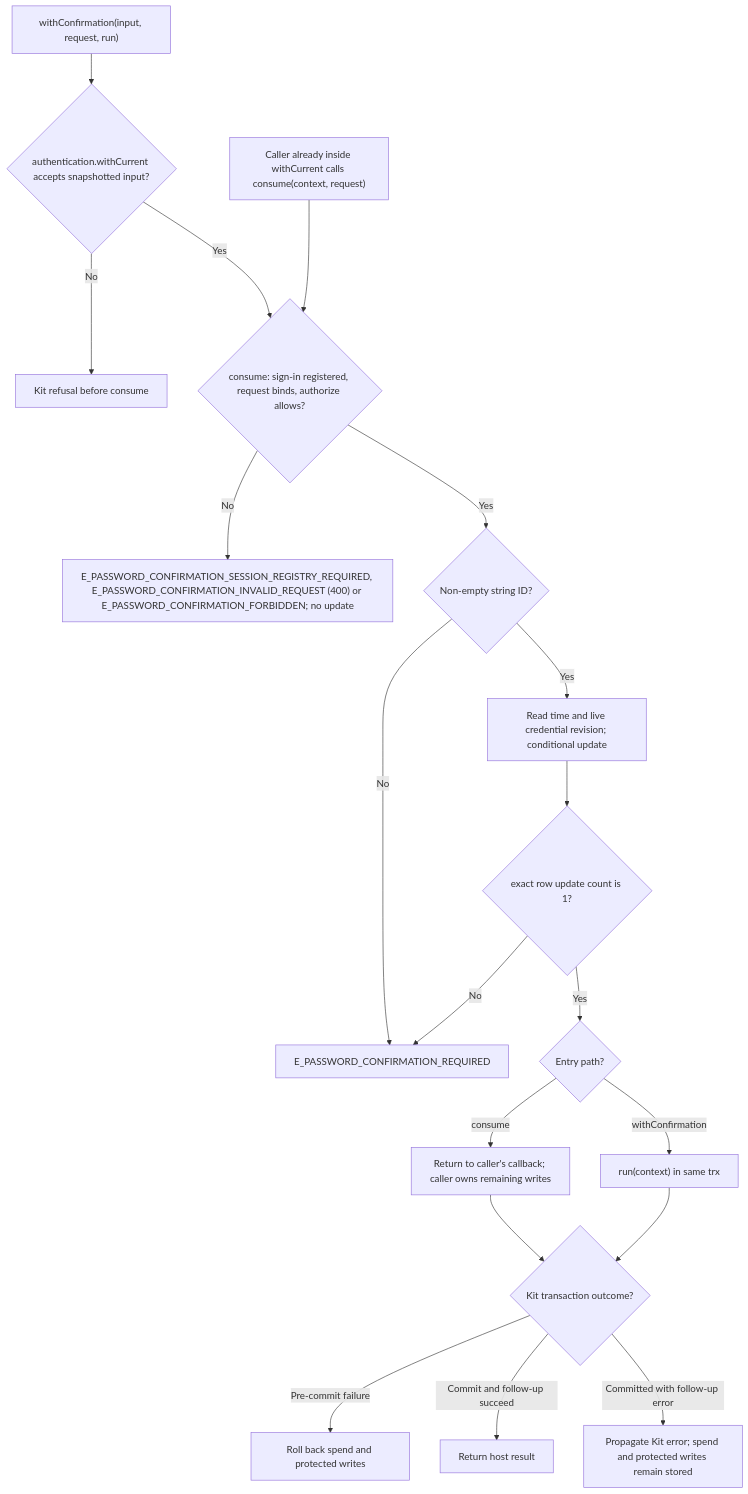
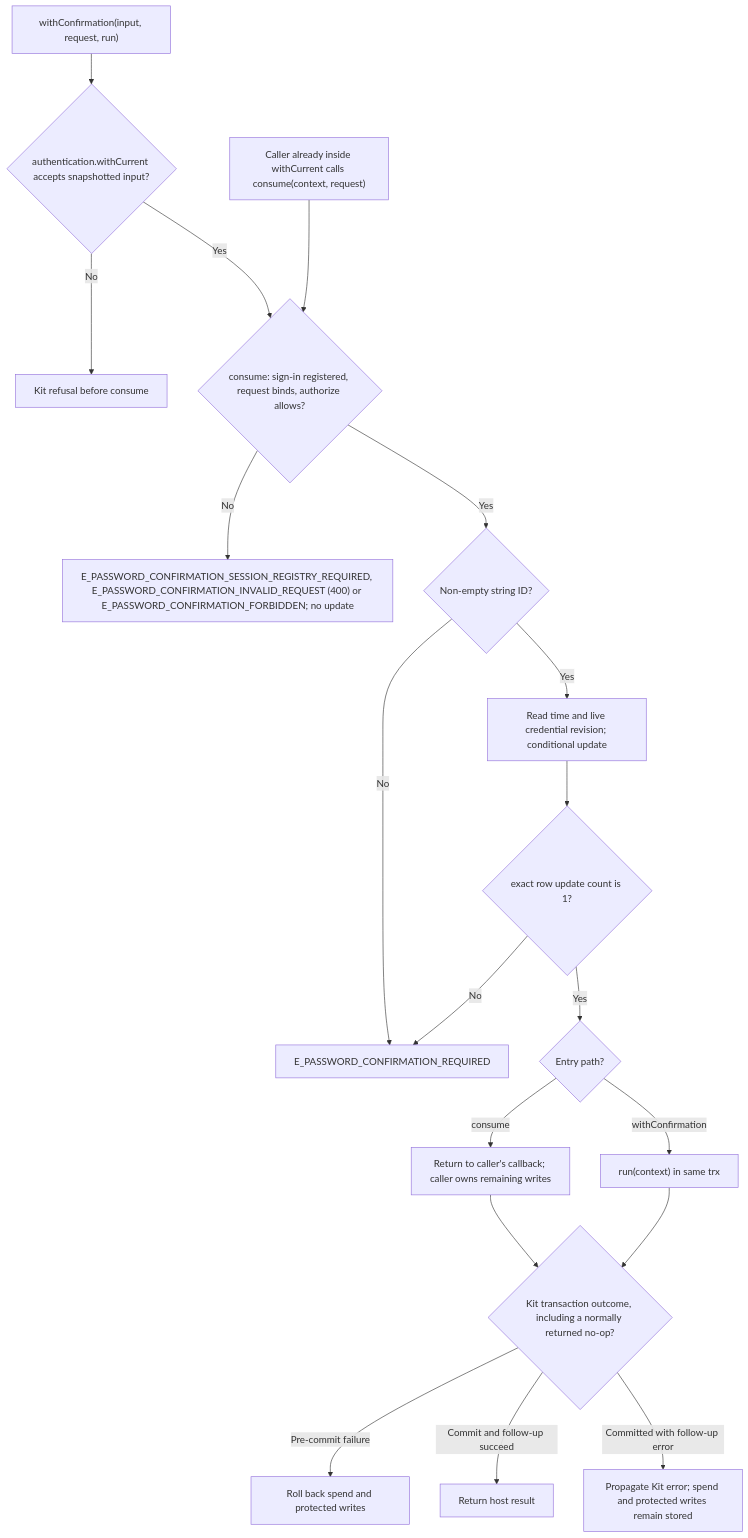
The second of 2 diagrams in user-stories/US-CONFIRM-02-spend-confirmation.md (Kevinjohn/oss-adonisjs-confirm-action-with-password), drawn with Mermaid before and after one commit. The commit also changed other lines of this file and 8 other files, not shown here.

````diff
--- a/user-stories/US-CONFIRM-02-spend-confirmation.md
+++ b/user-stories/US-CONFIRM-02-spend-confirmation.md
@@ -41,21 +41,21 @@
 ```mermaid
 flowchart TD
     A["withConfirmation(input, request, run)"] --> B{"authentication.withCurrent accepts snapshotted input?"}
     B -->|No| X["Kit refusal before consume"]
     B -->|Yes| C{"consume: sign-in registered, request binds, authorize allows?"}
     A2["Caller already inside withCurrent calls consume(context, request)"] --> C
     C -->|No| C2["E_PASSWORD_CONFIRMATION_SESSION_REGISTRY_REQUIRED, E_PASSWORD_CONFIRMATION_INVALID_REQUEST (400) or E_PASSWORD_CONFIRMATION_FORBIDDEN; no update"]
     C -->|Yes| C3{"Non-empty string ID?"}
     C3 -->|No| E
     C3 -->|Yes| U["Read time and live credential revision; conditional update"]
     U --> D{"exact row update count is 1?"}
     D -->|No| E["E_PASSWORD_CONFIRMATION_REQUIRED"]
     D -->|Yes| R{"Entry path?"}
     R -->|withConfirmation| F["run(context) in same trx"]
     R -->|consume| Y["Return to caller's callback; caller owns remaining writes"]
     Y --> G
-    F --> G{"Kit transaction outcome?"}
+    F --> G{"Kit transaction outcome, including a normally returned no-op?"}
     G -->|Pre-commit failure| I["Roll back spend and protected writes"]
     G -->|Commit and follow-up succeed| J["Return host result"]
     G -->|Committed with follow-up error| K["Propagate Kit error; spend and protected writes remain stored"]
 ```
````
